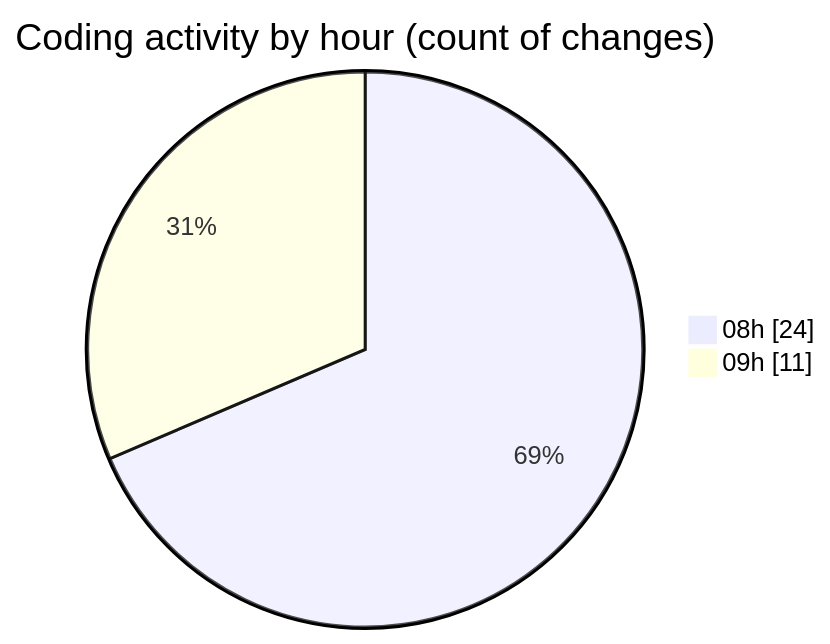
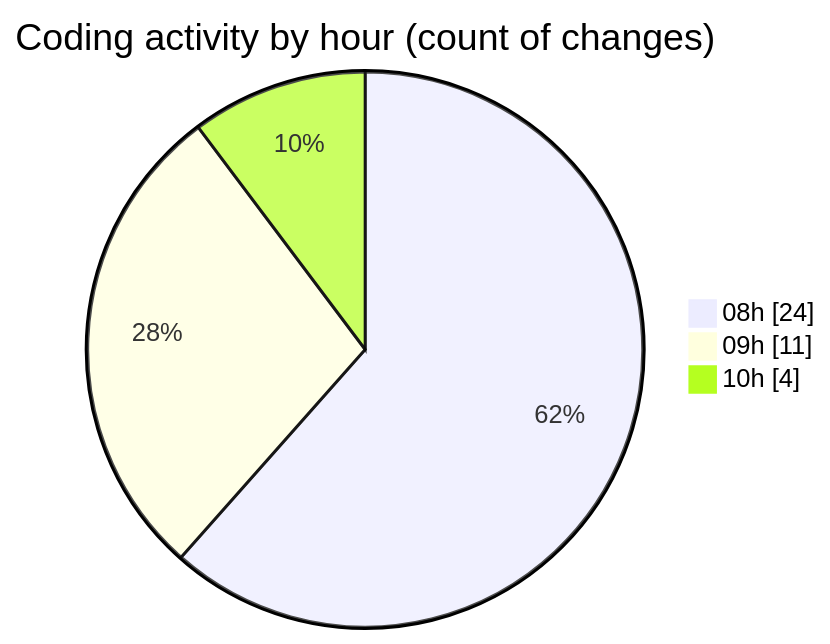
Before and after one commit to Elitesun/code-tracking: the second of 2 diagrams in 2025-05-12/niten/README.md, drawn with Mermaid. The commit also changed other lines of this file and 1 other file, not shown here.

````diff
--- a/2025-05-12/niten/README.md
+++ b/2025-05-12/niten/README.md
@@ -46,6 +48,7 @@
 ```mermaid
 pie showData
 title Coding activity by hour (count of changes)
 "08h" : 24
 "09h" : 11
+"10h" : 4
 ```
````
